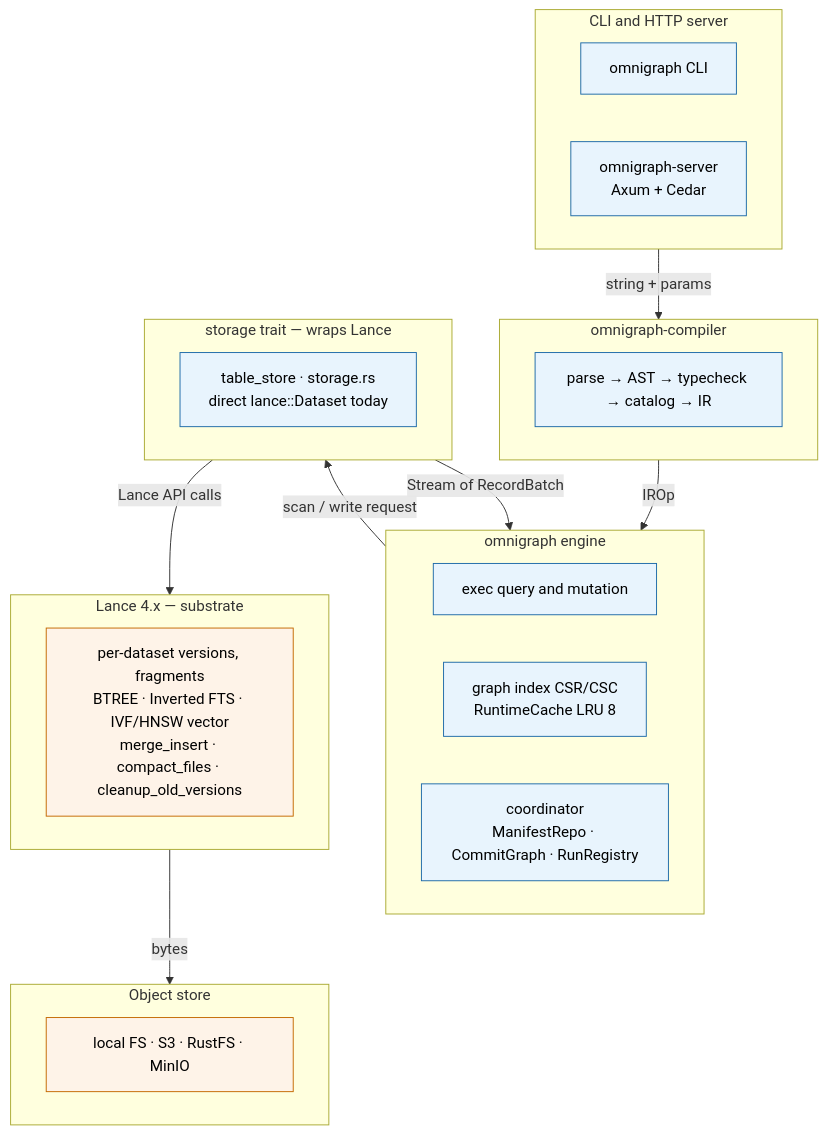
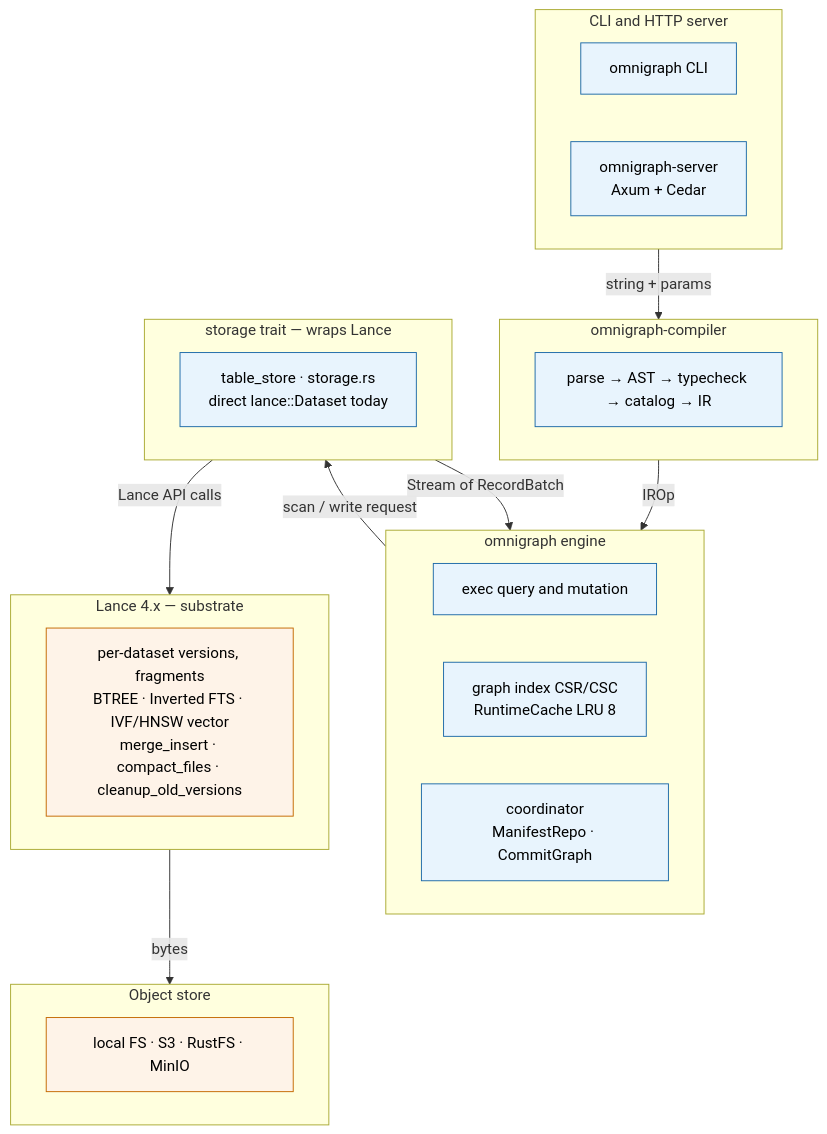
One commit to ModernRelay/omnigraph changed the second of 7 diagrams in docs/architecture.md. Above: the diagram before and after it, drawn with Mermaid. The commit also changed other lines of this file and 13 other files, not shown here.

First line of the commit message:
MR-794 step 2: docs — runs/invariants/architecture/execution + cleanup

````diff
--- a/docs/architecture.md
+++ b/docs/architecture.md
@@ -49,39 +49,39 @@
 ```mermaid
 flowchart TB
     classDef l2 fill:#e8f4fd,stroke:#1e6aa8,color:#000
     classDef l1 fill:#fef3e8,stroke:#c46900,color:#000
 
     subgraph CLIs[CLI and HTTP server]
         cli[omnigraph CLI]:::l2
         srv[omnigraph-server<br/>Axum + Cedar]:::l2
     end
 
     subgraph compiler[omnigraph-compiler]
         front[parse → AST → typecheck → catalog → IR]:::l2
     end
 
     subgraph engine[omnigraph engine]
         plan[exec query and mutation]:::l2
         gi[graph index CSR/CSC<br/>RuntimeCache LRU 8]:::l2
-        coord[coordinator<br/>ManifestRepo · CommitGraph · RunRegistry]:::l2
+        coord[coordinator<br/>ManifestRepo · CommitGraph]:::l2
     end
 
     subgraph storage[storage trait — wraps Lance]
         ts[table_store · storage.rs<br/>direct lance::Dataset today]:::l2
     end
 
     subgraph lance_layer[Lance 4.x — substrate]
         lance[per-dataset versions, fragments<br/>BTREE · Inverted FTS · IVF/HNSW vector<br/>merge_insert · compact_files · cleanup_old_versions]:::l1
     end
 
     subgraph object_store[Object store]
         os[local FS · S3 · RustFS · MinIO]:::l1
     end
 
     CLIs -- "string + params" --> compiler
     compiler -- IROp --> engine
     engine -- "scan / write request" --> storage
     storage -- "Stream of RecordBatch" --> engine
     storage -- "Lance API calls" --> lance_layer
     lance_layer -- bytes --> object_store
 ```
````
